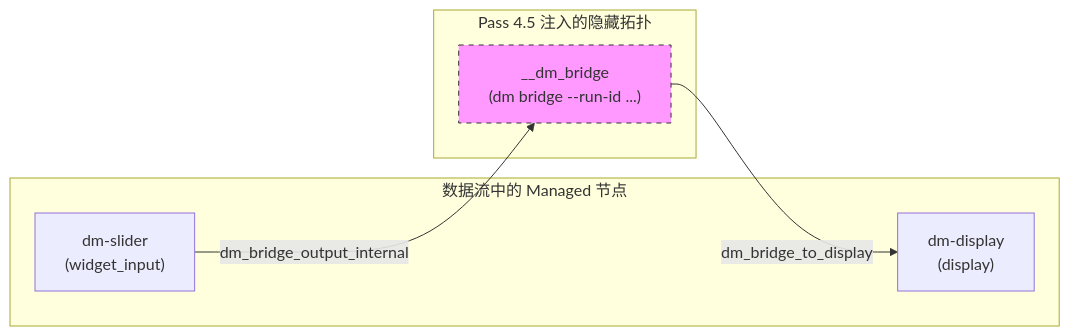
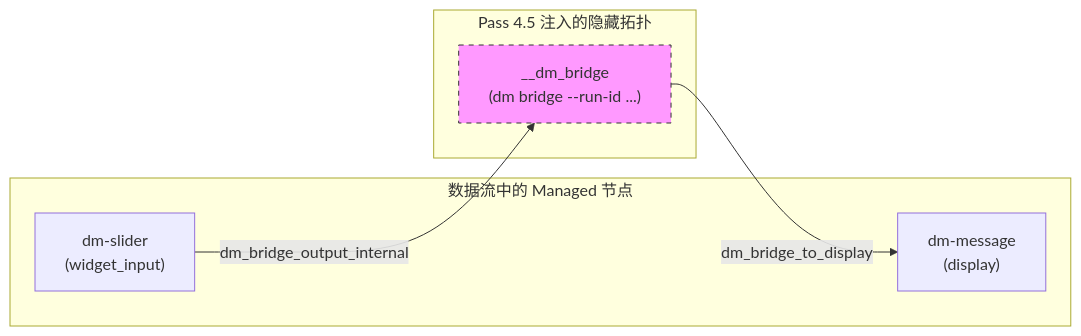
Before and after one commit to l1veIn/dora-manager: the third of 4 diagrams in wiki/zh/11-transpiler.md, drawn with Mermaid. The commit also changed other lines of this file and 43 other files, not shown here.

````diff
--- a/wiki/zh/11-transpiler.md
+++ b/wiki/zh/11-transpiler.md
@@ -273,16 +273,16 @@
 ```mermaid
 flowchart LR
     subgraph "数据流中的 Managed 节点"
         S["dm-slider<br/>(widget_input)"]
-        D["dm-display<br/>(display)"]
+        D["dm-message<br/>(display)"]
     end
 
     subgraph "Pass 4.5 注入的隐藏拓扑"
         B["__dm_bridge<br/>(dm bridge --run-id ...)"]
     end
 
     S -->|"dm_bridge_output_internal"| B
     B -->|"dm_bridge_to_display"| D
 
     style B fill:#f9f,stroke:#333,stroke-dasharray: 5 5
 ```
````
